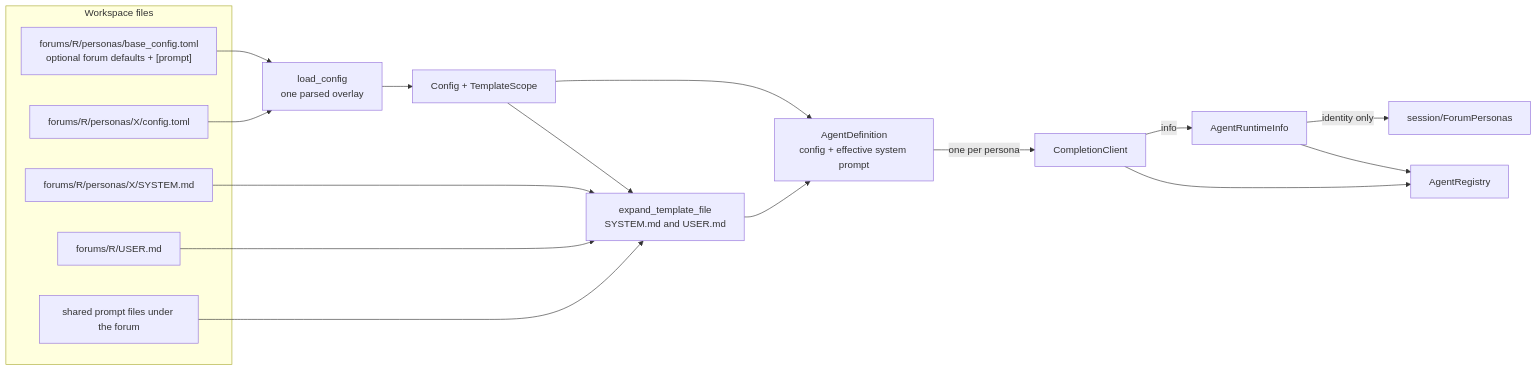
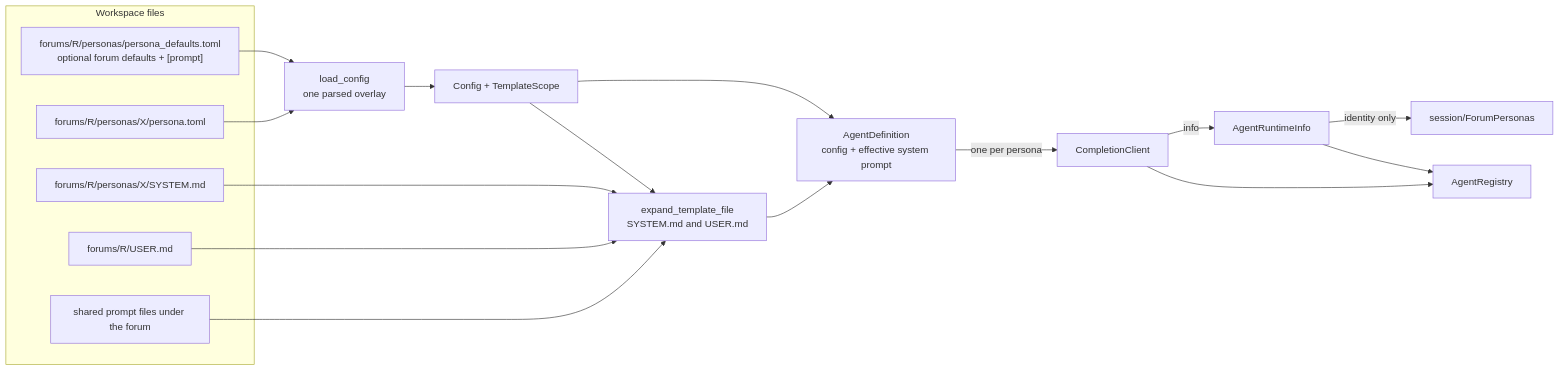
The first of 4 diagrams in src/agents/README.md (michaelpopov/cha), drawn with Mermaid before and after one commit. The commit also changed other lines of this file and 38 other files, not shown here.

````diff
--- a/src/agents/README.md
+++ b/src/agents/README.md
@@ -24,25 +24,25 @@
 ```mermaid
 flowchart LR
     subgraph disk["Workspace files"]
-        base["forums/R/personas/base_config.toml<br/>optional forum defaults + [prompt]"]
-        cfg["forums/R/personas/X/config.toml"]
+        base["forums/R/personas/persona_defaults.toml<br/>optional forum defaults + [prompt]"]
+        cfg["forums/R/personas/X/persona.toml"]
         sys["forums/R/personas/X/SYSTEM.md"]
         usr["forums/R/USER.md"]
         shared["shared prompt files under the forum"]
     end
 
     base --> load["load_config<br/>one parsed overlay"]
     cfg --> load
     load --> conf["Config + TemplateScope"]
     conf --> expand["expand_template_file<br/>SYSTEM.md and USER.md"]
     sys --> expand
     usr --> expand
     shared --> expand
     expand --> def["AgentDefinition<br/>config + effective system prompt"]
     conf --> def
     def -->|"one per persona"| client["CompletionClient"]
     client --> registry["AgentRegistry"]
     client -->|"info"| runtime["AgentRuntimeInfo"]
     runtime --> registry
     runtime -->|"identity only"| personas["session/ForumPersonas"]
 ```
````
